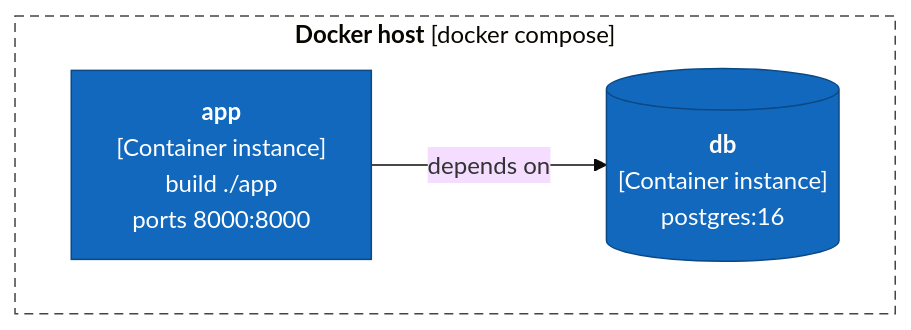
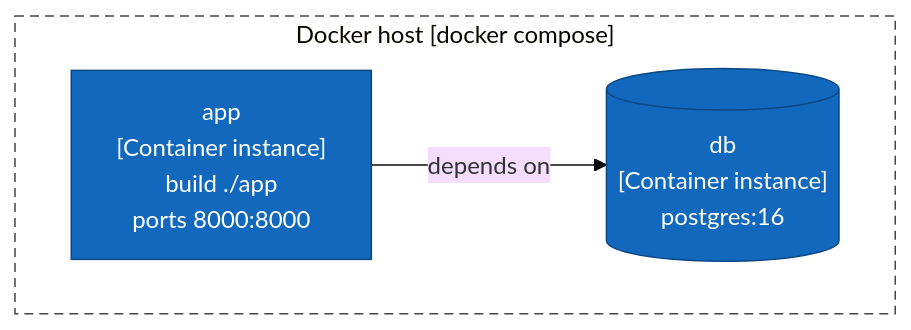
The second of 3 diagrams in tests/golden/compose_poly/output/ArchitectureReport.md (ythalorossy/architecture-skills), drawn with Mermaid (base theme) before and after one commit. The commit also changed other lines of this file and 51 other files, not shown here.

First line of the commit message:
fix(render): plain diagram labels keep the characters in code names

````diff
--- a/tests/golden/compose_poly/output/ArchitectureReport.md
+++ b/tests/golden/compose_poly/output/ArchitectureReport.md
@@ -56,21 +53,16 @@
 ```mermaid
 flowchart TB
-    subgraph host["`**Docker host** [docker compose]`"]
-        svc_db[("`**db**
-[Container instance]
-postgres:16`")]
-        svc_app["`**app**
-[Container instance]
-build ./app
-ports 8000:8000`"]
+    subgraph host["Docker host [docker compose]"]
+        svc_db[("db<br/>[Container instance]<br/>postgres:16")]
+        svc_app["app<br/>[Container instance]<br/>build ./app<br/>ports 8000:8000"]
     end
-    svc_app -->|"`depends on`"| svc_db
+    svc_app -->|"depends on"| svc_db
     classDef person fill:#08427b,stroke:#052e56,color:#ffffff
     classDef container fill:#1168bd,stroke:#0b4884,color:#ffffff
     classDef system fill:#1168bd,stroke:#0b4884,color:#ffffff
     classDef component fill:#85bbf0,stroke:#5d82a8,color:#000000
     classDef external fill:#999999,stroke:#6b6b6b,color:#ffffff
     classDef shared fill:#dbe9f6,stroke:#5d82a8,color:#000000,stroke-dasharray:4 3
     class svc_db,svc_app container
     style host fill:none,stroke:#444444,stroke-dasharray:6 4
 ```
````
